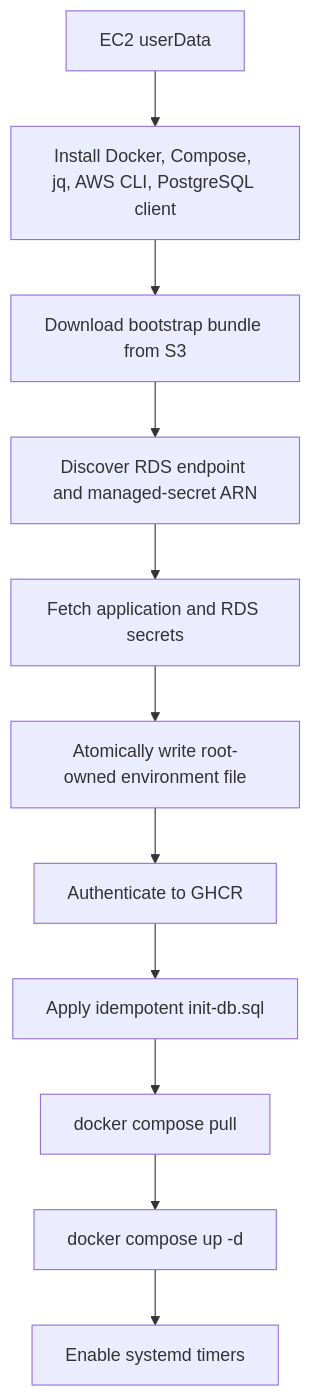
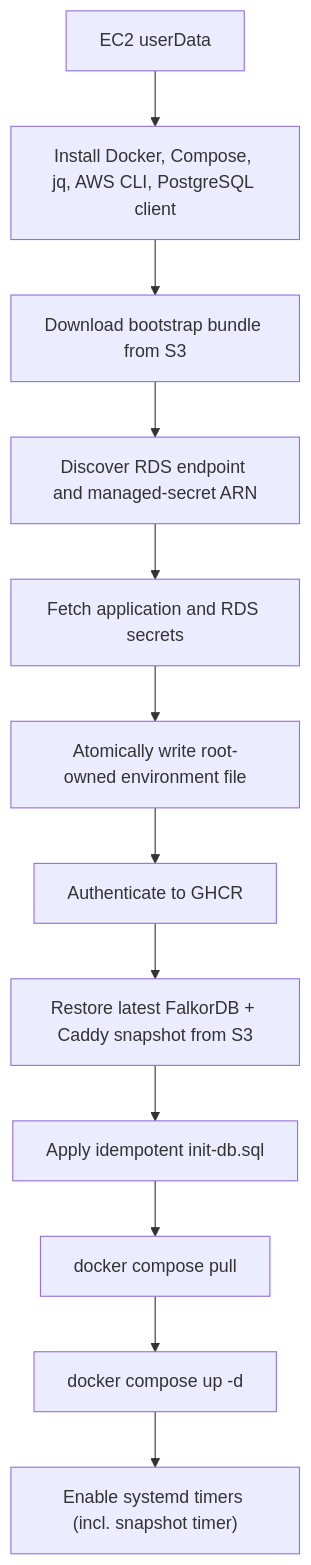
The second of 2 diagrams in docs/superpowers/specs/2026-06-11-quorum-aws-crossplane-deployment-design.md (ayansasmal/quorum), drawn with Mermaid before and after one commit. The commit also changed other lines of this file, not shown here.

First line of the commit message:
docs(crossplane): use s3 snapshots for falkordb and caddy state

````diff
--- a/docs/superpowers/specs/2026-06-11-quorum-aws-crossplane-deployment-design.md
+++ b/docs/superpowers/specs/2026-06-11-quorum-aws-crossplane-deployment-design.md
@@ -459,13 +487,14 @@
 ```mermaid
 flowchart TD
     A["EC2 userData"] --> B["Install Docker, Compose, jq, AWS CLI, PostgreSQL client"]
     B --> C["Download bootstrap bundle from S3"]
     C --> D["Discover RDS endpoint and managed-secret ARN"]
     D --> E["Fetch application and RDS secrets"]
     E --> F["Atomically write root-owned environment file"]
     F --> G["Authenticate to GHCR"]
-    G --> H["Apply idempotent init-db.sql"]
-    H --> I["docker compose pull"]
-    I --> J["docker compose up -d"]
-    J --> K["Enable systemd timers"]
+    G --> H["Restore latest FalkorDB + Caddy snapshot from S3"]
+    H --> I["Apply idempotent init-db.sql"]
+    I --> J["docker compose pull"]
+    J --> K["docker compose up -d"]
+    K --> L["Enable systemd timers (incl. snapshot timer)"]
 ```
````
